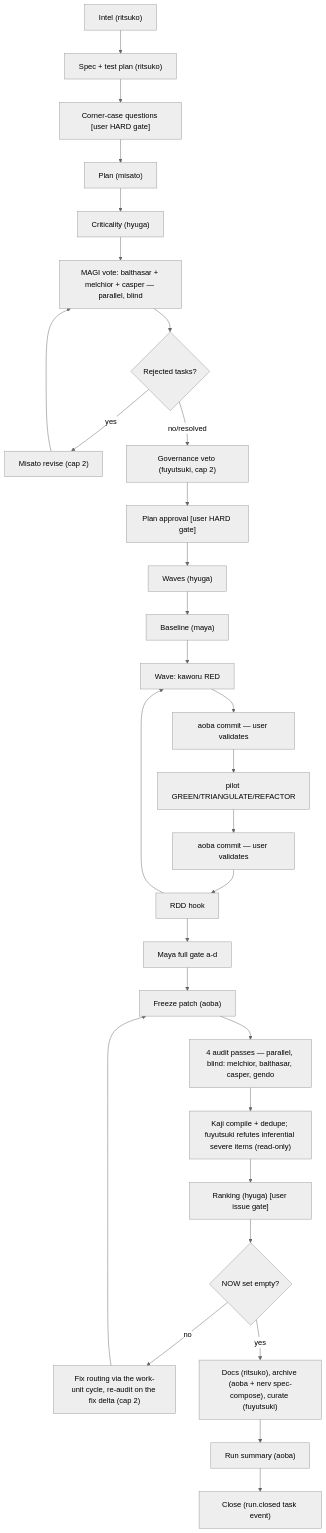
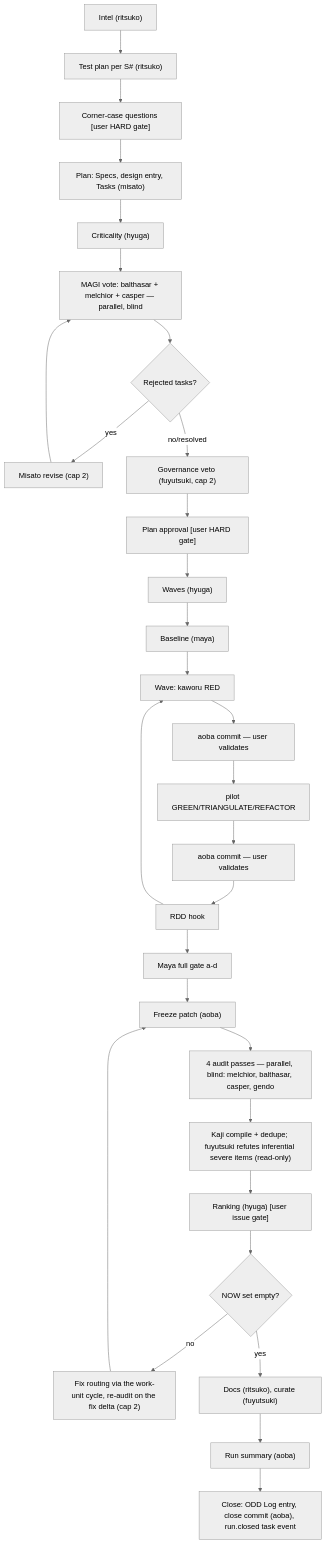
The sixth of 7 diagrams in docs/integration.md (war-apps/nerv-by-gentle-ai), drawn with Mermaid (neutral theme) before and after one commit. The commit also changed other lines of this file and 54 other files, not shown here.

First line of the commit message:
feat(orchestrator)!: track NERV runs in gentle-ai's ODD document instead of OpenSpec

````diff
--- a/docs/integration.md
+++ b/docs/integration.md
@@ -187,32 +233,32 @@
 ```mermaid
 flowchart TB
-    A["Intel (ritsuko)"] --> B["Spec + test plan (ritsuko)"]
+    A["Intel (ritsuko)"] --> B["Test plan per S# (ritsuko)"]
     B --> C["Corner-case questions [user HARD gate]"]
-    C --> D["Plan (misato)"]
+    C --> D["Plan: Specs, design entry, Tasks (misato)"]
     D --> E["Criticality (hyuga)"]
     E --> F["MAGI vote: balthasar + melchior + casper — parallel, blind"]
     F --> G{"Rejected tasks?"}
     G -- yes --> H["Misato revise (cap 2)"]
     H --> F
     G -- no/resolved --> I["Governance veto (fuyutsuki, cap 2)"]
     I --> J["Plan approval [user HARD gate]"]
     J --> K["Waves (hyuga)"]
     K --> L["Baseline (maya)"]
     L --> M["Wave: kaworu RED"]
     M --> N["aoba commit — user validates"]
     N --> O["pilot GREEN/TRIANGULATE/REFACTOR"]
     O --> P["aoba commit — user validates"]
     P --> Q["RDD hook"]
     Q --> M
     Q --> R["Maya full gate a-d"]
     R --> S1["Freeze patch (aoba)"]
     S1 --> S2["4 audit passes — parallel, blind: melchior, balthasar, casper, gendo"]
     S2 --> S3["Kaji compile + dedupe; fuyutsuki refutes inferential severe items (read-only)"]
     S3 --> S4["Ranking (hyuga) [user issue gate]"]
     S4 --> S5{"NOW set empty?"}
     S5 -- no --> S6["Fix routing via the work-unit cycle, re-audit on the fix delta (cap 2)"]
     S6 --> S1
-    S5 -- yes --> S7["Docs (ritsuko), archive (aoba + nerv spec-compose), curate (fuyutsuki)"]
+    S5 -- yes --> S7["Docs (ritsuko), curate (fuyutsuki)"]
     S7 --> T["Run summary (aoba)"]
-    T --> U["Close (run.closed task event)"]
+    T --> U["Close: ODD Log entry, close commit (aoba), run.closed task event"]
 ```
````
